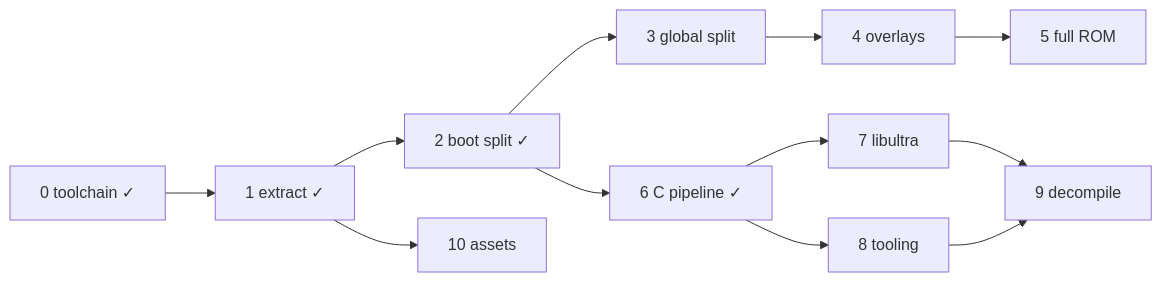
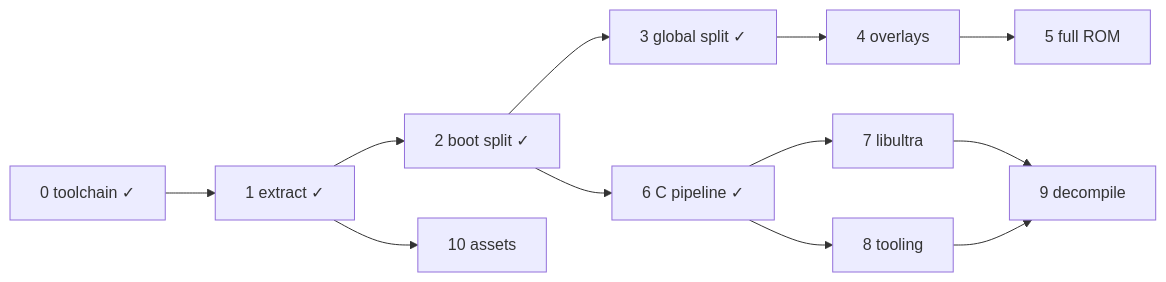
The diagram in ROADMAP.md (Unstripped/decomp_dk64), drawn with Mermaid before and after one commit. The commit also changed other lines of this file and 5 other files, not shown here.

Commit message:
Split global code segment: separate splat config, own ELF, text/data SHA-1 checks; name globalInit and loadOverlay

````diff
--- a/ROADMAP.md
+++ b/ROADMAP.md
@@ -92,7 +85,7 @@
 ```mermaid
 graph LR
-  C0[0 toolchain ✓] --> C1[1 extract ✓] --> C2[2 boot split ✓] --> C3[3 global split] --> C4[4 overlays] --> C5[5 full ROM]
+  C0[0 toolchain ✓] --> C1[1 extract ✓] --> C2[2 boot split ✓] --> C3[3 global split ✓] --> C4[4 overlays] --> C5[5 full ROM]
   C2 --> C6[6 C pipeline ✓] --> C7[7 libultra] --> C9[9 decompile]
   C6 --> C8[8 tooling] --> C9
   C1 --> C10[10 assets]
 ```
````
